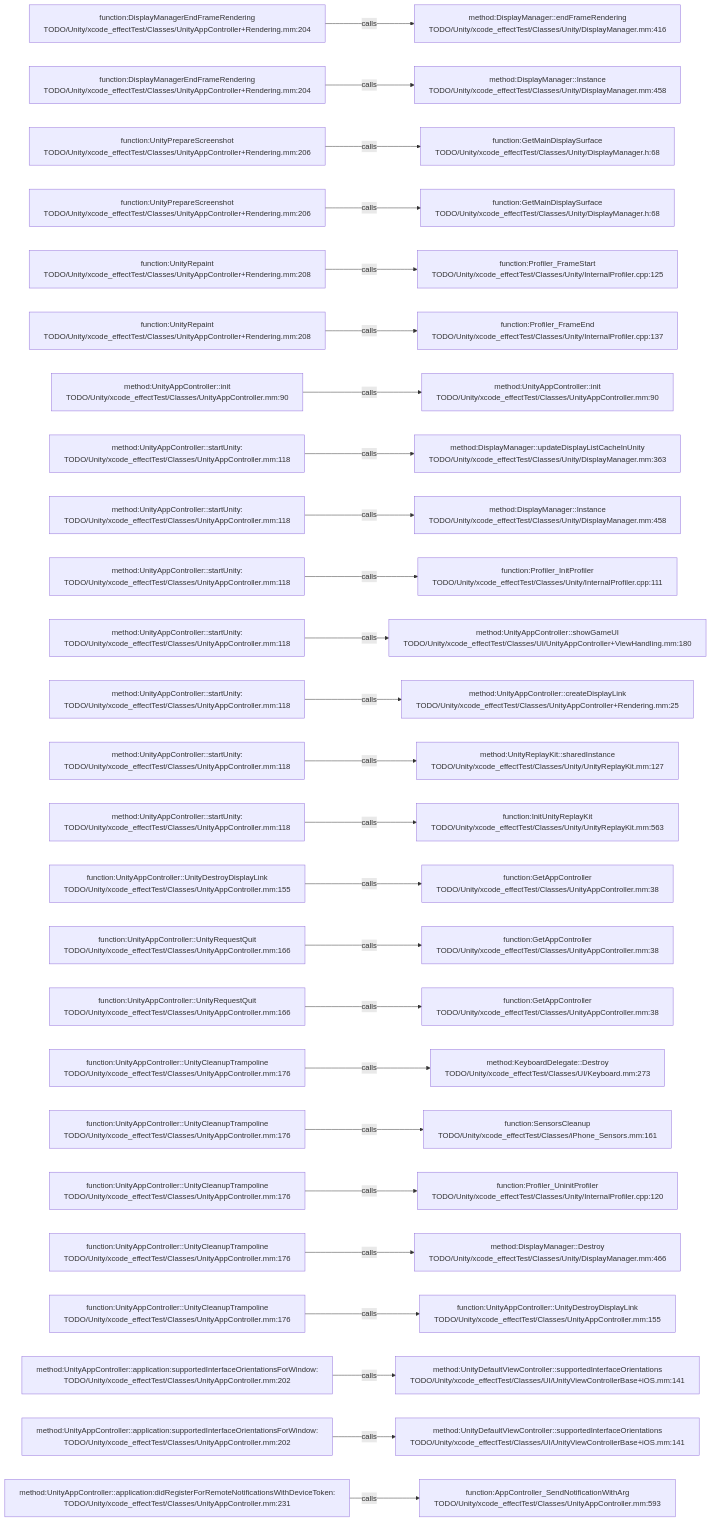
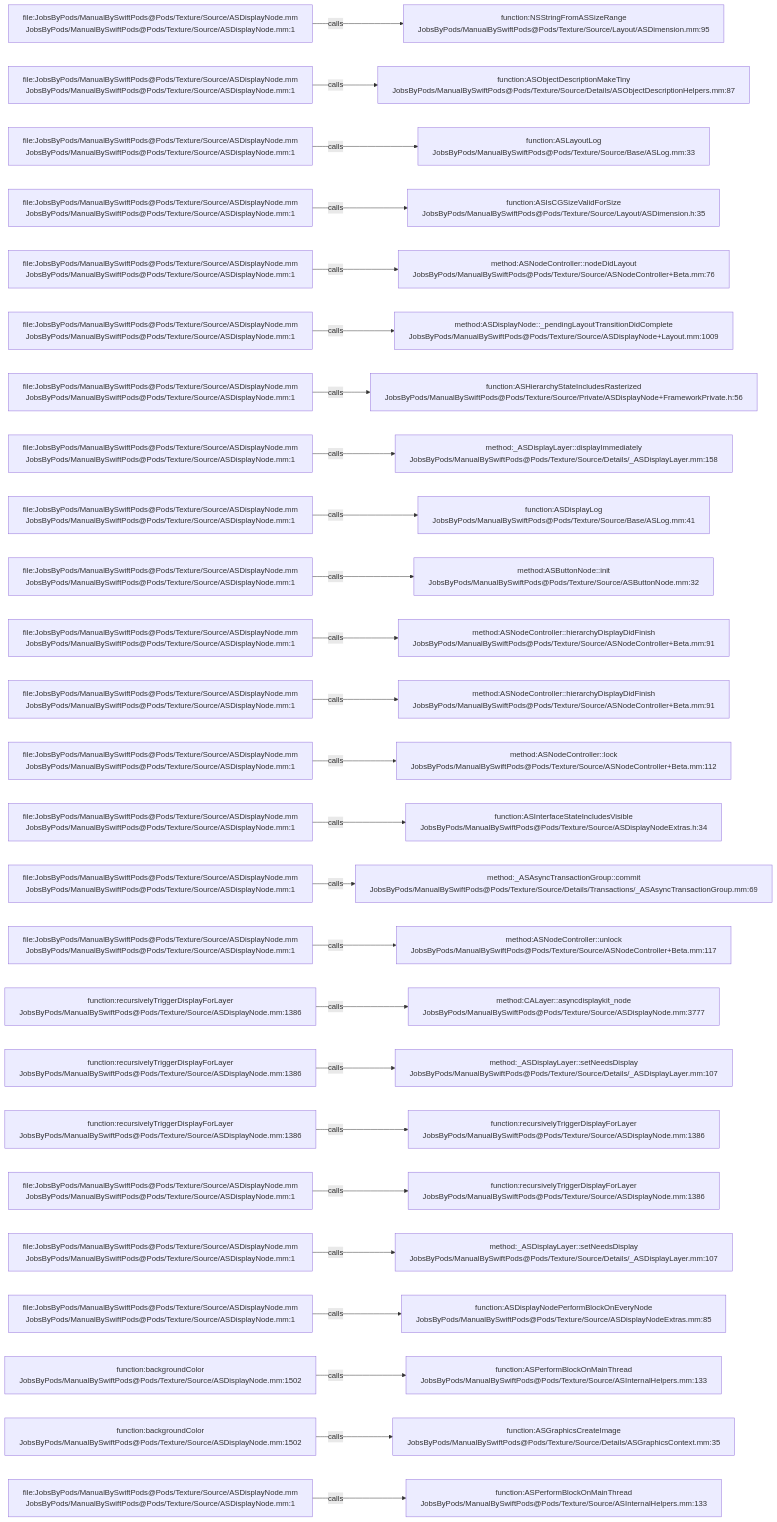
Before and after one commit to JobsKits/JobsSwiftBaseConfigDemo: the diagram in .codegraph/codegraph.md/graphs/calls-048.md, drawn with Mermaid. The commit also changed 2959 other files, not shown here.

````diff
--- a/.codegraph/codegraph.md/graphs/calls-048.md
+++ b/.codegraph/codegraph.md/graphs/calls-048.md
@@ -13,78 +13,78 @@
 ```mermaid
 flowchart LR
-  S1["function:DisplayManagerEndFrameRendering<br/>TODO/Unity/xcode_effectTest/Classes/UnityAppController+Rendering.mm:204"]
-  T1["method:DisplayManager::endFrameRendering<br/>TODO/Unity/xcode_effectTest/Classes/Unity/DisplayManager.mm:416"]
+  S1["file:JobsByPods/ManualBySwiftPods@Pods/Texture/Source/ASDisplayNode.mm<br/>JobsByPods/ManualBySwiftPods@Pods/Texture/Source/ASDisplayNode.mm:1"]
+  T1["function:NSStringFromASSizeRange<br/>JobsByPods/ManualBySwiftPods@Pods/Texture/Source/Layout/ASDimension.mm:95"]
   S1 -->|calls| T1
-  S2["function:DisplayManagerEndFrameRendering<br/>TODO/Unity/xcode_effectTest/Classes/UnityAppController+Rendering.mm:204"]
-  T2["method:DisplayManager::Instance<br/>TODO/Unity/xcode_effectTest/Classes/Unity/DisplayManager.mm:458"]
+  S2["file:JobsByPods/ManualBySwiftPods@Pods/Texture/Source/ASDisplayNode.mm<br/>JobsByPods/ManualBySwiftPods@Pods/Texture/Source/ASDisplayNode.mm:1"]
+  T2["function:ASObjectDescriptionMakeTiny<br/>JobsByPods/ManualBySwiftPods@Pods/Texture/Source/Details/ASObjectDescriptionHelpers.mm:87"]
   S2 -->|calls| T2
-  S3["function:UnityPrepareScreenshot<br/>TODO/Unity/xcode_effectTest/Classes/UnityAppController+Rendering.mm:206"]
-  T3["function:GetMainDisplaySurface<br/>TODO/Unity/xcode_effectTest/Classes/Unity/DisplayManager.h:68"]
+  S3["file:JobsByPods/ManualBySwiftPods@Pods/Texture/Source/ASDisplayNode.mm<br/>JobsByPods/ManualBySwiftPods@Pods/Texture/Source/ASDisplayNode.mm:1"]
+  T3["function:ASLayoutLog<br/>JobsByPods/ManualBySwiftPods@Pods/Texture/Source/Base/ASLog.mm:33"]
   S3 -->|calls| T3
-  S4["function:UnityPrepareScreenshot<br/>TODO/Unity/xcode_effectTest/Classes/UnityAppController+Rendering.mm:206"]
-  T4["function:GetMainDisplaySurface<br/>TODO/Unity/xcode_effectTest/Classes/Unity/DisplayManager.h:68"]
+  S4["file:JobsByPods/ManualBySwiftPods@Pods/Texture/Source/ASDisplayNode.mm<br/>JobsByPods/ManualBySwiftPods@Pods/Texture/Source/ASDisplayNode.mm:1"]
+  T4["function:ASIsCGSizeValidForSize<br/>JobsByPods/ManualBySwiftPods@Pods/Texture/Source/Layout/ASDimension.h:35"]
   S4 -->|calls| T4
-  S5["function:UnityRepaint<br/>TODO/Unity/xcode_effectTest/Classes/UnityAppController+Rendering.mm:208"]
-  T5["function:Profiler_FrameStart<br/>TODO/Unity/xcode_effectTest/Classes/Unity/InternalProfiler.cpp:125"]
+  S5["file:JobsByPods/ManualBySwiftPods@Pods/Texture/Source/ASDisplayNode.mm<br/>JobsByPods/ManualBySwiftPods@Pods/Texture/Source/ASDisplayNode.mm:1"]
+  T5["method:ASNodeController::nodeDidLayout<br/>JobsByPods/ManualBySwiftPods@Pods/Texture/Source/ASNodeController+Beta.mm:76"]
   S5 -->|calls| T5
-  S6["function:UnityRepaint<br/>TODO/Unity/xcode_effectTest/Classes/UnityAppController+Rendering.mm:208"]
-  T6["function:Profiler_FrameEnd<br/>TODO/Unity/xcode_effectTest/Classes/Unity/InternalProfiler.cpp:137"]
+  S6["file:JobsByPods/ManualBySwiftPods@Pods/Texture/Source/ASDisplayNode.mm<br/>JobsByPods/ManualBySwiftPods@Pods/Texture/Source/ASDisplayNode.mm:1"]
+  T6["method:ASDisplayNode::_pendingLayoutTransitionDidComplete<br/>JobsByPods/ManualBySwiftPods@Pods/Texture/Source/ASDisplayNode+Layout.mm:1009"]
   S6 -->|calls| T6
-  S7["method:UnityAppController::init<br/>TODO/Unity/xcode_effectTest/Classes/UnityAppController.mm:90"]
-  T7["method:UnityAppController::init<br/>TODO/Unity/xcode_effectTest/Classes/UnityAppController.mm:90"]
+  S7["file:JobsByPods/ManualBySwiftPods@Pods/Texture/Source/ASDisplayNode.mm<br/>JobsByPods/ManualBySwiftPods@Pods/Texture/Source/ASDisplayNode.mm:1"]
+  T7["function:ASHierarchyStateIncludesRasterized<br/>JobsByPods/ManualBySwiftPods@Pods/Texture/Source/Private/ASDisplayNode+FrameworkPrivate.h:56"]
   S7 -->|calls| T7
-  S8["method:UnityAppController::startUnity:<br/>TODO/Unity/xcode_effectTest/Classes/UnityAppController.mm:118"]
-  T8["method:DisplayManager::updateDisplayListCacheInUnity<br/>TODO/Unity/xcode_effectTest/Classes/Unity/DisplayManager.mm:363"]
+  S8["file:JobsByPods/ManualBySwiftPods@Pods/Texture/Source/ASDisplayNode.mm<br/>JobsByPods/ManualBySwiftPods@Pods/Texture/Source/ASDisplayNode.mm:1"]
+  T8["method:_ASDisplayLayer::displayImmediately<br/>JobsByPods/ManualBySwiftPods@Pods/Texture/Source/Details/_ASDisplayLayer.mm:158"]
   S8 -->|calls| T8
-  S9["method:UnityAppController::startUnity:<br/>TODO/Unity/xcode_effectTest/Classes/UnityAppController.mm:118"]
-  T9["method:DisplayManager::Instance<br/>TODO/Unity/xcode_effectTest/Classes/Unity/DisplayManager.mm:458"]
+  S9["file:JobsByPods/ManualBySwiftPods@Pods/Texture/Source/ASDisplayNode.mm<br/>JobsByPods/ManualBySwiftPods@Pods/Texture/Source/ASDisplayNode.mm:1"]
+  T9["function:ASDisplayLog<br/>JobsByPods/ManualBySwiftPods@Pods/Texture/Source/Base/ASLog.mm:41"]
   S9 -->|calls| T9
-  S10["method:UnityAppController::startUnity:<br/>TODO/Unity/xcode_effectTest/Classes/UnityAppController.mm:118"]
-  T10["function:Profiler_InitProfiler<br/>TODO/Unity/xcode_effectTest/Classes/Unity/InternalProfiler.cpp:111"]
+  S10["file:JobsByPods/ManualBySwiftPods@Pods/Texture/Source/ASDisplayNode.mm<br/>JobsByPods/ManualBySwiftPods@Pods/Texture/Source/ASDisplayNode.mm:1"]
+  T10["method:ASButtonNode::init<br/>JobsByPods/ManualBySwiftPods@Pods/Texture/Source/ASButtonNode.mm:32"]
   S10 -->|calls| T10
-  S11["method:UnityAppController::startUnity:<br/>TODO/Unity/xcode_effectTest/Classes/UnityAppController.mm:118"]
-  T11["method:UnityAppController::showGameUI<br/>TODO/Unity/xcode_effectTest/Classes/UI/UnityAppController+ViewHandling.mm:180"]
+  S11["file:JobsByPods/ManualBySwiftPods@Pods/Texture/Source/ASDisplayNode.mm<br/>JobsByPods/ManualBySwiftPods@Pods/Texture/Source/ASDisplayNode.mm:1"]
+  T11["method:ASNodeController::hierarchyDisplayDidFinish<br/>JobsByPods/ManualBySwiftPods@Pods/Texture/Source/ASNodeController+Beta.mm:91"]
   S11 -->|calls| T11
-  S12["method:UnityAppController::startUnity:<br/>TODO/Unity/xcode_effectTest/Classes/UnityAppController.mm:118"]
-  T12["method:UnityAppController::createDisplayLink<br/>TODO/Unity/xcode_effectTest/Classes/UnityAppController+Rendering.mm:25"]
+  S12["file:JobsByPods/ManualBySwiftPods@Pods/Texture/Source/ASDisplayNode.mm<br/>JobsByPods/ManualBySwiftPods@Pods/Texture/Source/ASDisplayNode.mm:1"]
+  T12["method:ASNodeController::hierarchyDisplayDidFinish<br/>JobsByPods/ManualBySwiftPods@Pods/Texture/Source/ASNodeController+Beta.mm:91"]
   S12 -->|calls| T12
-  S13["method:UnityAppController::startUnity:<br/>TODO/Unity/xcode_effectTest/Classes/UnityAppController.mm:118"]
-  T13["method:UnityReplayKit::sharedInstance<br/>TODO/Unity/xcode_effectTest/Classes/Unity/UnityReplayKit.mm:127"]
+  S13["file:JobsByPods/ManualBySwiftPods@Pods/Texture/Source/ASDisplayNode.mm<br/>JobsByPods/ManualBySwiftPods@Pods/Texture/Source/ASDisplayNode.mm:1"]
+  T13["method:ASNodeController::lock<br/>JobsByPods/ManualBySwiftPods@Pods/Texture/Source/ASNodeController+Beta.mm:112"]
   S13 -->|calls| T13
-  S14["method:UnityAppController::startUnity:<br/>TODO/Unity/xcode_effectTest/Classes/UnityAppController.mm:118"]
-  T14["function:InitUnityReplayKit<br/>TODO/Unity/xcode_effectTest/Classes/Unity/UnityReplayKit.mm:563"]
+  S14["file:JobsByPods/ManualBySwiftPods@Pods/Texture/Source/ASDisplayNode.mm<br/>JobsByPods/ManualBySwiftPods@Pods/Texture/Source/ASDisplayNode.mm:1"]
+  T14["function:ASInterfaceStateIncludesVisible<br/>JobsByPods/ManualBySwiftPods@Pods/Texture/Source/ASDisplayNodeExtras.h:34"]
   S14 -->|calls| T14
-  S15["function:UnityAppController::UnityDestroyDisplayLink<br/>TODO/Unity/xcode_effectTest/Classes/UnityAppController.mm:155"]
-  T15["function:GetAppController<br/>TODO/Unity/xcode_effectTest/Classes/UnityAppController.mm:38"]
+  S15["file:JobsByPods/ManualBySwiftPods@Pods/Texture/Source/ASDisplayNode.mm<br/>JobsByPods/ManualBySwiftPods@Pods/Texture/Source/ASDisplayNode.mm:1"]
+  T15["method:_ASAsyncTransactionGroup::commit<br/>JobsByPods/ManualBySwiftPods@Pods/Texture/Source/Details/Transactions/_ASAsyncTransactionGroup.mm:69"]
   S15 -->|calls| T15
-  S16["function:UnityAppController::UnityRequestQuit<br/>TODO/Unity/xcode_effectTest/Classes/UnityAppController.mm:166"]
-  T16["function:GetAppController<br/>TODO/Unity/xcode_effectTest/Classes/UnityAppController.mm:38"]
+  S16["file:JobsByPods/ManualBySwiftPods@Pods/Texture/Source/ASDisplayNode.mm<br/>JobsByPods/ManualBySwiftPods@Pods/Texture/Source/ASDisplayNode.mm:1"]
+  T16["method:ASNodeController::unlock<br/>JobsByPods/ManualBySwiftPods@Pods/Texture/Source/ASNodeController+Beta.mm:117"]
   S16 -->|calls| T16
-  S17["function:UnityAppController::UnityRequestQuit<br/>TODO/Unity/xcode_effectTest/Classes/UnityAppController.mm:166"]
-  T17["function:GetAppController<br/>TODO/Unity/xcode_effectTest/Classes/UnityAppController.mm:38"]
+  S17["function:recursivelyTriggerDisplayForLayer<br/>JobsByPods/ManualBySwiftPods@Pods/Texture/Source/ASDisplayNode.mm:1386"]
+  T17["method:CALayer::asyncdisplaykit_node<br/>JobsByPods/ManualBySwiftPods@Pods/Texture/Source/ASDisplayNode.mm:3777"]
   S17 -->|calls| T17
-  S18["function:UnityAppController::UnityCleanupTrampoline<br/>TODO/Unity/xcode_effectTest/Classes/UnityAppController.mm:176"]
-  T18["method:KeyboardDelegate::Destroy<br/>TODO/Unity/xcode_effectTest/Classes/UI/Keyboard.mm:273"]
+  S18["function:recursivelyTriggerDisplayForLayer<br/>JobsByPods/ManualBySwiftPods@Pods/Texture/Source/ASDisplayNode.mm:1386"]
+  T18["method:_ASDisplayLayer::setNeedsDisplay<br/>JobsByPods/ManualBySwiftPods@Pods/Texture/Source/Details/_ASDisplayLayer.mm:107"]
   S18 -->|calls| T18
-  S19["function:UnityAppController::UnityCleanupTrampoline<br/>TODO/Unity/xcode_effectTest/Classes/UnityAppController.mm:176"]
-  T19["function:SensorsCleanup<br/>TODO/Unity/xcode_effectTest/Classes/iPhone_Sensors.mm:161"]
+  S19["function:recursivelyTriggerDisplayForLayer<br/>JobsByPods/ManualBySwiftPods@Pods/Texture/Source/ASDisplayNode.mm:1386"]
+  T19["function:recursivelyTriggerDisplayForLayer<br/>JobsByPods/ManualBySwiftPods@Pods/Texture/Source/ASDisplayNode.mm:1386"]
   S19 -->|calls| T19
-  S20["function:UnityAppController::UnityCleanupTrampoline<br/>TODO/Unity/xcode_effectTest/Classes/UnityAppController.mm:176"]
-  T20["function:Profiler_UninitProfiler<br/>TODO/Unity/xcode_effectTest/Classes/Unity/InternalProfiler.cpp:120"]
+  S20["file:JobsByPods/ManualBySwiftPods@Pods/Texture/Source/ASDisplayNode.mm<br/>JobsByPods/ManualBySwiftPods@Pods/Texture/Source/ASDisplayNode.mm:1"]
+  T20["function:recursivelyTriggerDisplayForLayer<br/>JobsByPods/ManualBySwiftPods@Pods/Texture/Source/ASDisplayNode.mm:1386"]
   S20 -->|calls| T20
-  S21["function:UnityAppController::UnityCleanupTrampoline<br/>TODO/Unity/xcode_effectTest/Classes/UnityAppController.mm:176"]
-  T21["method:DisplayManager::Destroy<br/>TODO/Unity/xcode_effectTest/Classes/Unity/DisplayManager.mm:466"]
+  S21["file:JobsByPods/ManualBySwiftPods@Pods/Texture/Source/ASDisplayNode.mm<br/>JobsByPods/ManualBySwiftPods@Pods/Texture/Source/ASDisplayNode.mm:1"]
+  T21["method:_ASDisplayLayer::setNeedsDisplay<br/>JobsByPods/ManualBySwiftPods@Pods/Texture/Source/Details/_ASDisplayLayer.mm:107"]
   S21 -->|calls| T21
-  S22["function:UnityAppController::UnityCleanupTrampoline<br/>TODO/Unity/xcode_effectTest/Classes/UnityAppController.mm:176"]
-  T22["function:UnityAppController::UnityDestroyDisplayLink<br/>TODO/Unity/xcode_effectTest/Classes/UnityAppController.mm:155"]
+  S22["file:JobsByPods/ManualBySwiftPods@Pods/Texture/Source/ASDisplayNode.mm<br/>JobsByPods/ManualBySwiftPods@Pods/Texture/Source/ASDisplayNode.mm:1"]
+  T22["function:ASDisplayNodePerformBlockOnEveryNode<br/>JobsByPods/ManualBySwiftPods@Pods/Texture/Source/ASDisplayNodeExtras.mm:85"]
   S22 -->|calls| T22
-  S23["method:UnityAppController::application:supportedInterfaceOrientationsForWindow:<br/>TODO/Unity/xcode_effectTest/Classes/UnityAppController.mm:202"]
-  T23["method:UnityDefaultViewController::supportedInterfaceOrientations<br/>TODO/Unity/xcode_effectTest/Classes/UI/UnityViewControllerBase+iOS.mm:141"]
+  S23["function:backgroundColor<br/>JobsByPods/ManualBySwiftPods@Pods/Texture/Source/ASDisplayNode.mm:1502"]
+  T23["function:ASPerformBlockOnMainThread<br/>JobsByPods/ManualBySwiftPods@Pods/Texture/Source/ASInternalHelpers.mm:133"]
   S23 -->|calls| T23
-  S24["method:UnityAppController::application:supportedInterfaceOrientationsForWindow:<br/>TODO/Unity/xcode_effectTest/Classes/UnityAppController.mm:202"]
-  T24["method:UnityDefaultViewController::supportedInterfaceOrientations<br/>TODO/Unity/xcode_effectTest/Classes/UI/UnityViewControllerBase+iOS.mm:141"]
+  S24["function:backgroundColor<br/>JobsByPods/ManualBySwiftPods@Pods/Texture/Source/ASDisplayNode.mm:1502"]
+  T24["function:ASGraphicsCreateImage<br/>JobsByPods/ManualBySwiftPods@Pods/Texture/Source/Details/ASGraphicsContext.mm:35"]
   S24 -->|calls| T24
-  S25["method:UnityAppController::application:didRegisterForRemoteNotificationsWithDeviceToken:<br/>TODO/Unity/xcode_effectTest/Classes/UnityAppController.mm:231"]
-  T25["function:AppController_SendNotificationWithArg<br/>TODO/Unity/xcode_effectTest/Classes/UnityAppController.mm:593"]
+  S25["file:JobsByPods/ManualBySwiftPods@Pods/Texture/Source/ASDisplayNode.mm<br/>JobsByPods/ManualBySwiftPods@Pods/Texture/Source/ASDisplayNode.mm:1"]
+  T25["function:ASPerformBlockOnMainThread<br/>JobsByPods/ManualBySwiftPods@Pods/Texture/Source/ASInternalHelpers.mm:133"]
   S25 -->|calls| T25
 ```
````
